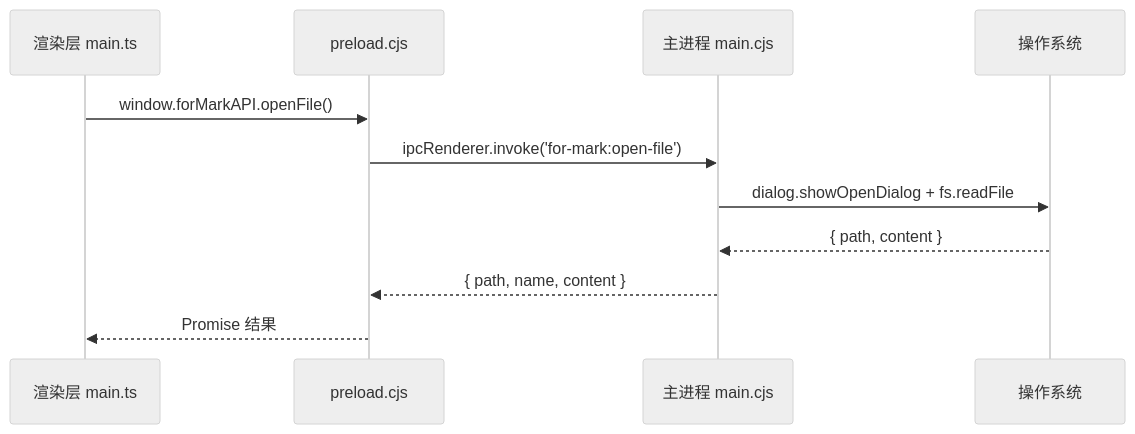
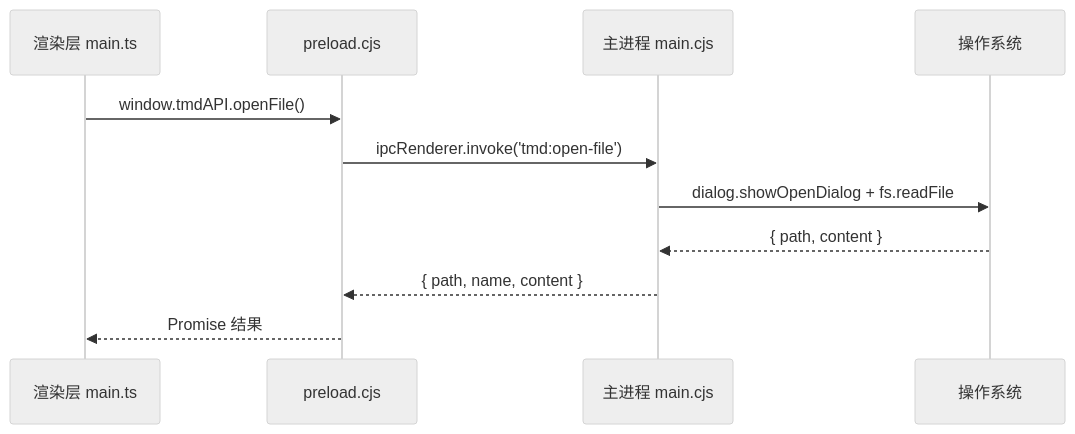
Before and after one commit to ChiangyangNPU/for-mark: the second of 4 diagrams in docs/架构设计.md, drawn with Mermaid (neutral theme). The commit also changed other lines of this file and 16 other files, not shown here.

First line of the commit message:
refactor: 应用品牌名由 for-mark 统一更名为 TMD

````diff
--- a/docs/架构设计.md
+++ b/docs/架构设计.md
@@ -62,14 +62,14 @@
 ```mermaid
 sequenceDiagram
     participant R as 渲染层 main.ts
     participant P as preload.cjs
     participant M as 主进程 main.cjs
     participant OS as 操作系统
 
-    R->>P: window.forMarkAPI.openFile()
-    P->>M: ipcRenderer.invoke('for-mark:open-file')
+    R->>P: window.tmdAPI.openFile()
+    P->>M: ipcRenderer.invoke('tmd:open-file')
     M->>OS: dialog.showOpenDialog + fs.readFile
     OS-->>M: { path, content }
     M-->>P: { path, name, content }
     P-->>R: Promise 结果
 ```
````
